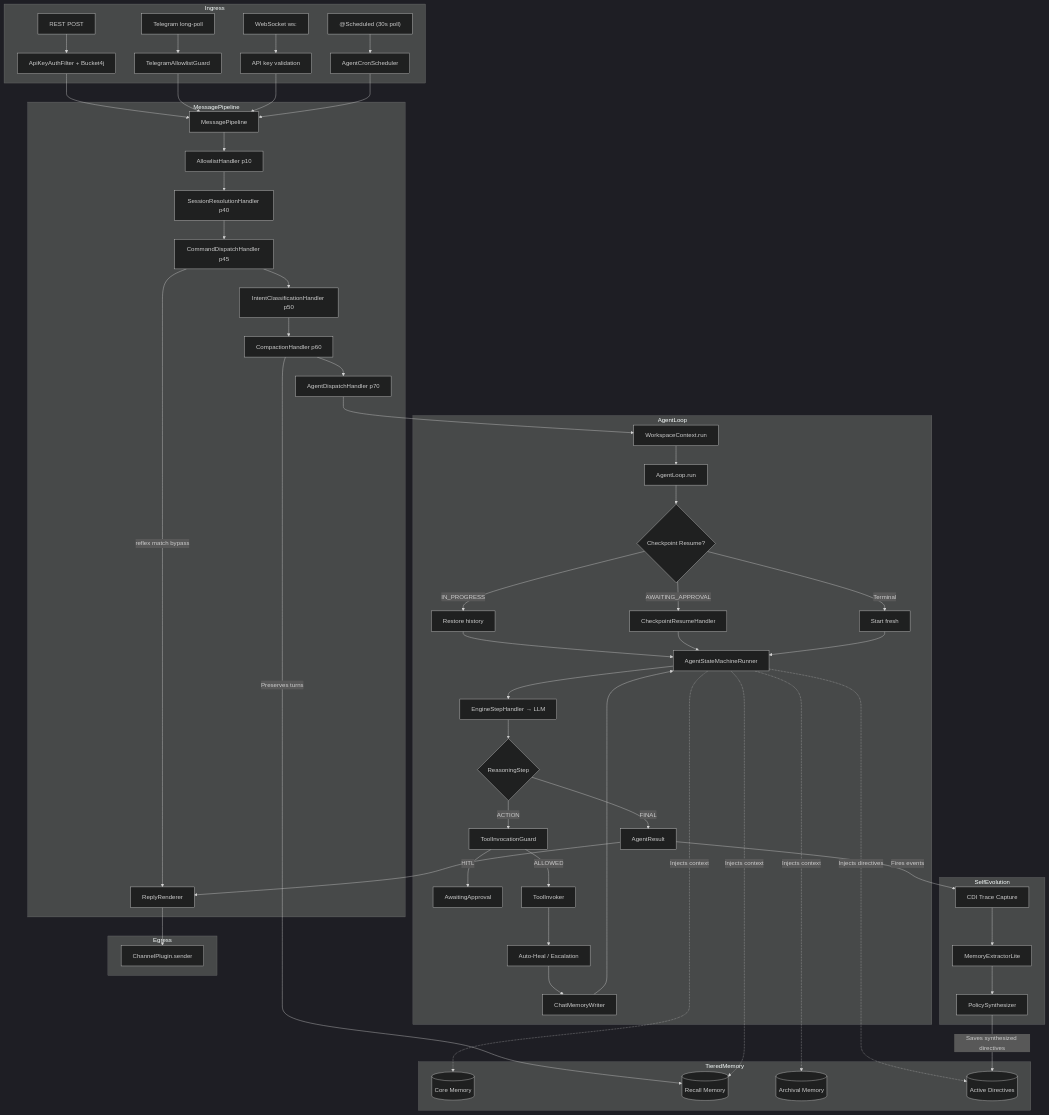
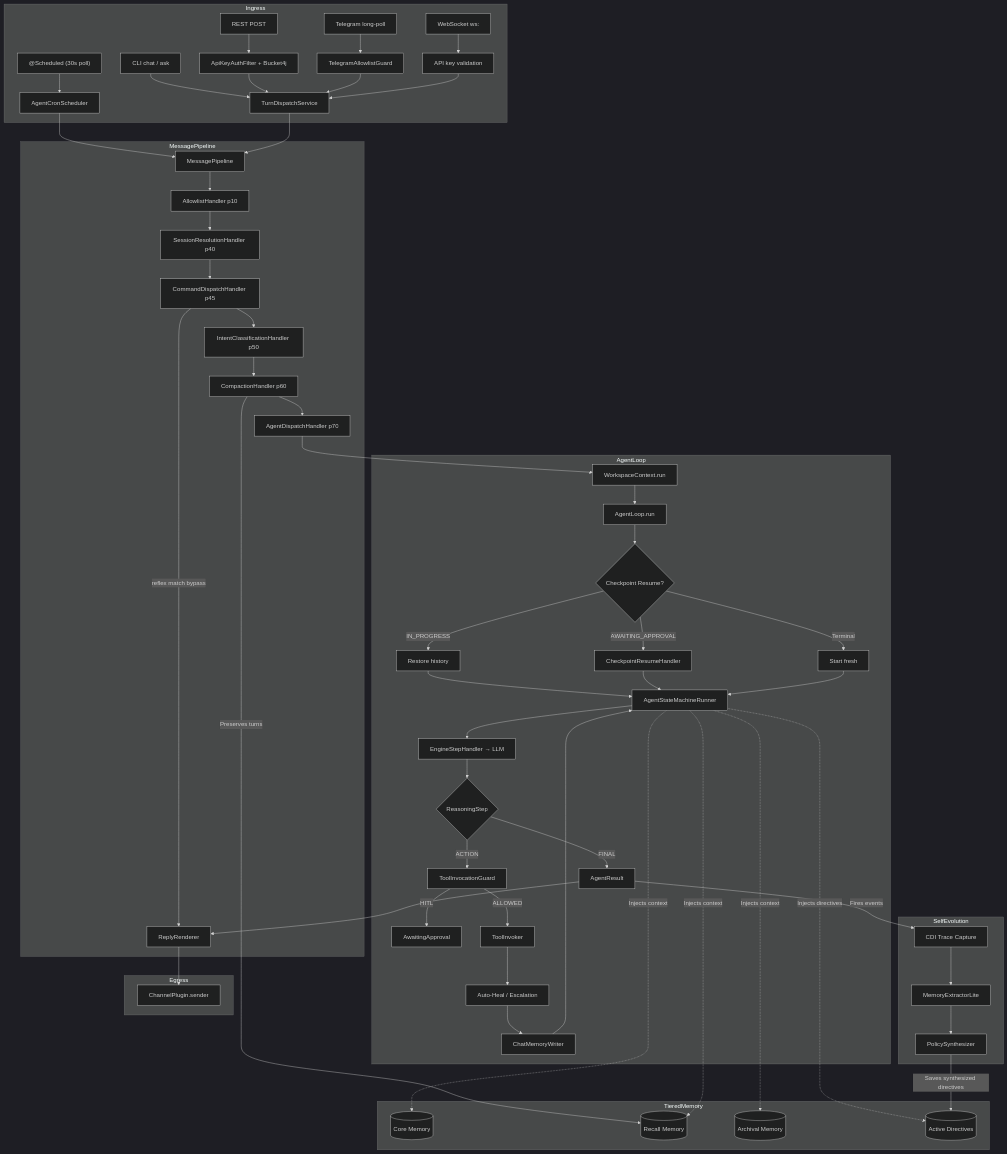
One commit to rsrini7/AmshaAgent changed the fifth of 5 diagrams in docs/ARCHITECTURE.md. Above: the diagram before and after it, drawn with Mermaid (dark theme). The commit also changed other lines of this file and 19 other files, not shown here.

First line of the commit message:
refactor(core): add unified turn dispatch service

````diff
--- a/docs/ARCHITECTURE.md
+++ b/docs/ARCHITECTURE.md
@@ -1052,69 +1073,71 @@
 ```mermaid
 graph TD
     subgraph Ingress
         REST[REST POST] --> AUTH[ApiKeyAuthFilter + Bucket4j]
         TG[Telegram long-poll] --> TGG[TelegramAllowlistGuard]
         WS[WebSocket ws:] --> WSA[API key validation]
+        CLI["CLI chat / ask"] --> TD[TurnDispatchService]
         CRON["@Scheduled (30s poll)"] --> CRONP[AgentCronScheduler]
     end
 
     subgraph MessagePipeline
-        AUTH --> MP[MessagePipeline]
-        TGG --> MP
-        WSA --> MP
-        CRONP --> MP
+        AUTH --> TD
+        TGG --> TD
+        WSA --> TD
+        CRONP --> MP[MessagePipeline]
+        TD --> MP
         MP --> H10[AllowlistHandler p10]
         H10 --> H40[SessionResolutionHandler p40]
         H40 --> H45[CommandDispatchHandler p45]
         H45 --> H50[IntentClassificationHandler p50]
         H45 -->|reflex match bypass| RENDER
         H50 --> H60[CompactionHandler p60]
         H60 --> H70[AgentDispatchHandler p70]
     end
 
     subgraph TieredMemory
         Core[(Core Memory)]
         Recall[(Recall Memory)]
         Archival[(Archival Memory)]
         Directives[(Active Directives)]
     end
 
     subgraph AgentLoop
         H70 --> WC[WorkspaceContext.run]
         WC --> AL[AgentLoop.run]
         AL --> CR{Checkpoint Resume?}
         CR -->|IN_PROGRESS| RESTORE[Restore history]
         CR -->|AWAITING_APPROVAL| CRH[CheckpointResumeHandler]
         CR -->|Terminal| FRESH[Start fresh]
         RESTORE --> SM[AgentStateMachineRunner]
         CRH --> SM
         FRESH --> SM
         SM --> LLM[EngineStepHandler → LLM]
         LLM --> RS{ReasoningStep}
         RS -->|FINAL| DONE[AgentResult]
         RS -->|ACTION| TIG[ToolInvocationGuard]
         TIG -->|HITL| PAUSE[AwaitingApproval]
         TIG -->|ALLOWED| INV[ToolInvoker]
         INV --> AH[Auto-Heal / Escalation]
         AH --> MEM[ChatMemoryWriter]
         MEM --> SM
     end
 
     subgraph SelfEvolution
         Trace[CDI Trace Capture] --> Ext[MemoryExtractorLite]
         Ext --> Syn[PolicySynthesizer]
     end
 
     H60 -->|Preserves turns| Recall
     SM -.->|Injects context| Core
     SM -.->|Injects context| Recall
     SM -.->|Injects context| Archival
     SM -.->|Injects directives| Directives
     DONE -->|Fires events| Trace
     Syn -->|Saves synthesized directives| Directives
 
     subgraph Egress
         DONE --> RENDER[ReplyRenderer]
         RENDER --> SEND[ChannelPlugin.sender]
     end
 ```
````
